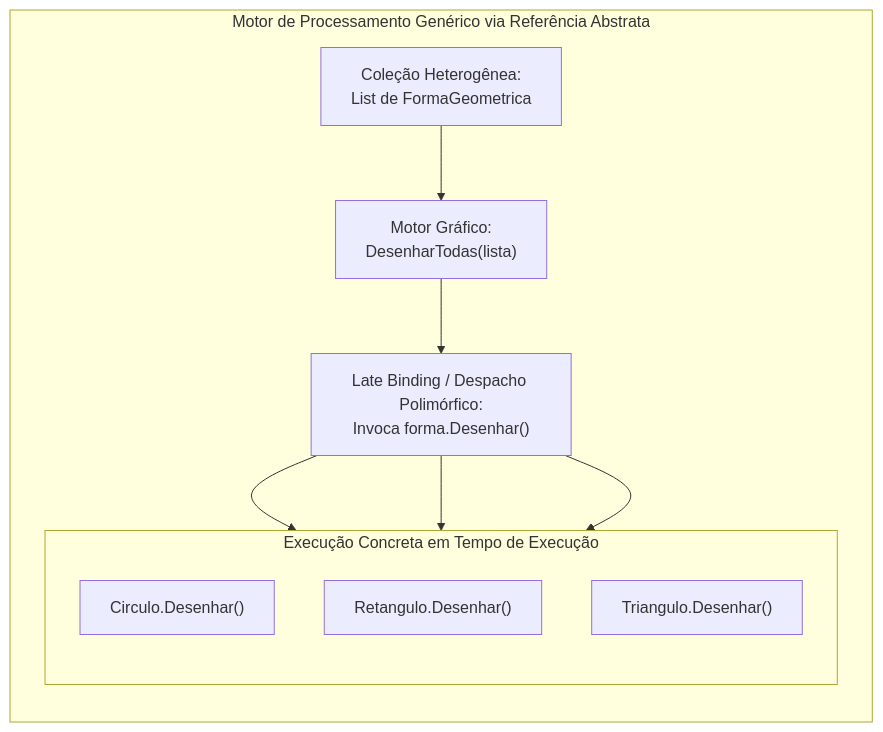
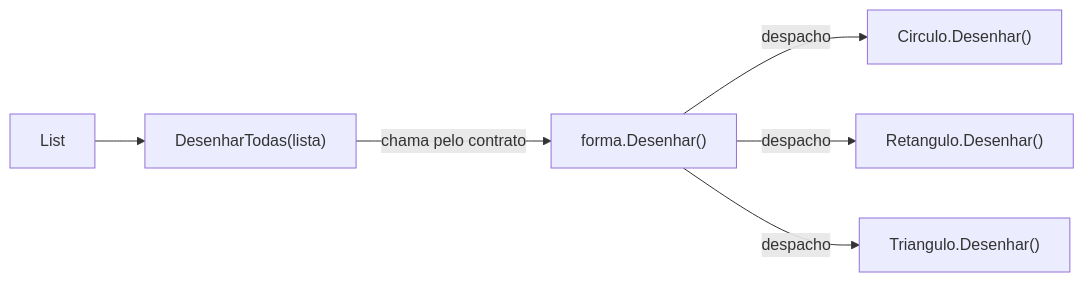
The fifth of 6 diagrams in 01. Programacao Modular/18. Classes abstratas e métodos abstratos (contratos de herança e polimorfismo puro).md (leorruas/puc), drawn with Mermaid before and after one commit. The commit also changed other lines of this file, not shown here.

Commit message:
Normaliza diagramas Mermaid de classes abstratas

````diff
--- a/01. Programacao Modular/18. Classes abstratas e métodos abstratos (contratos de herança e polimorfismo puro).md
+++ b/01. Programacao Modular/18. Classes abstratas e métodos abstratos (contratos de herança e polimorfismo puro).md
@@ -549,23 +471,15 @@
 ```mermaid
-flowchart TD
-    subgraph MotorGenerico ["Motor de Processamento Genérico via Referência Abstrata"]
-        direction TB
+flowchart LR
+    Lista["List<FormaGeometrica>"]:::data
+    Motor["DesenharTodas(lista)"]:::core
+    Contrato["forma.Desenhar()"]:::data
+    Circulo["Circulo.Desenhar()"]:::component
+    Retangulo["Retangulo.Desenhar()"]:::component
+    Triangulo["Triangulo.Desenhar()"]:::component
 
-        Lista["Coleção Heterogênea:<br>List de FormaGeometrica"]
-        Motor["Motor Gráfico:<br>DesenharTodas(lista)"]
-        Despacho["Late Binding / Despacho Polimórfico:<br>Invoca forma.Desenhar()"]
-
-        subgraph ExecucaoPolimorfica ["Execução Concreta em Tempo de Execução"]
-            direction TB
-            Circulo["Circulo.Desenhar()"]
-            Retangulo["Retangulo.Desenhar()"]
-            Triangulo["Triangulo.Desenhar()"]
-        end
-
-        Lista --> Motor
-        Motor --> Despacho
-        Despacho --> Circulo
-        Despacho --> Retangulo
-        Despacho --> Triangulo
-    end
+    Lista --> Motor
+    Motor -->|"chama pelo contrato"| Contrato
+    Contrato -->|"despacho"| Circulo
+    Contrato -->|"despacho"| Retangulo
+    Contrato -->|"despacho"| Triangulo
 ```
````
